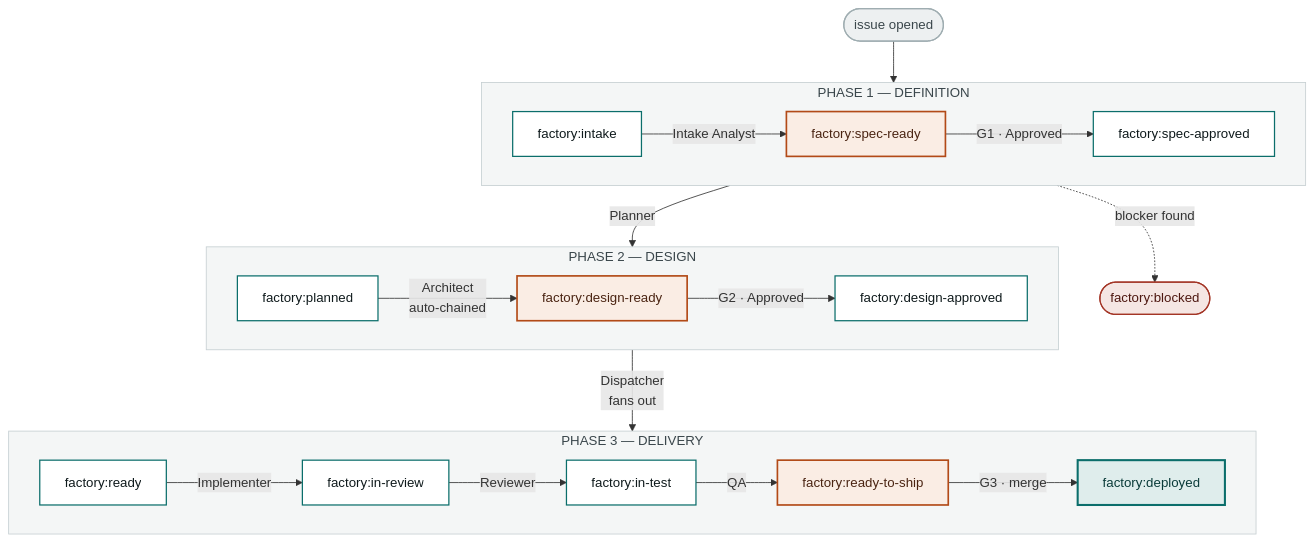
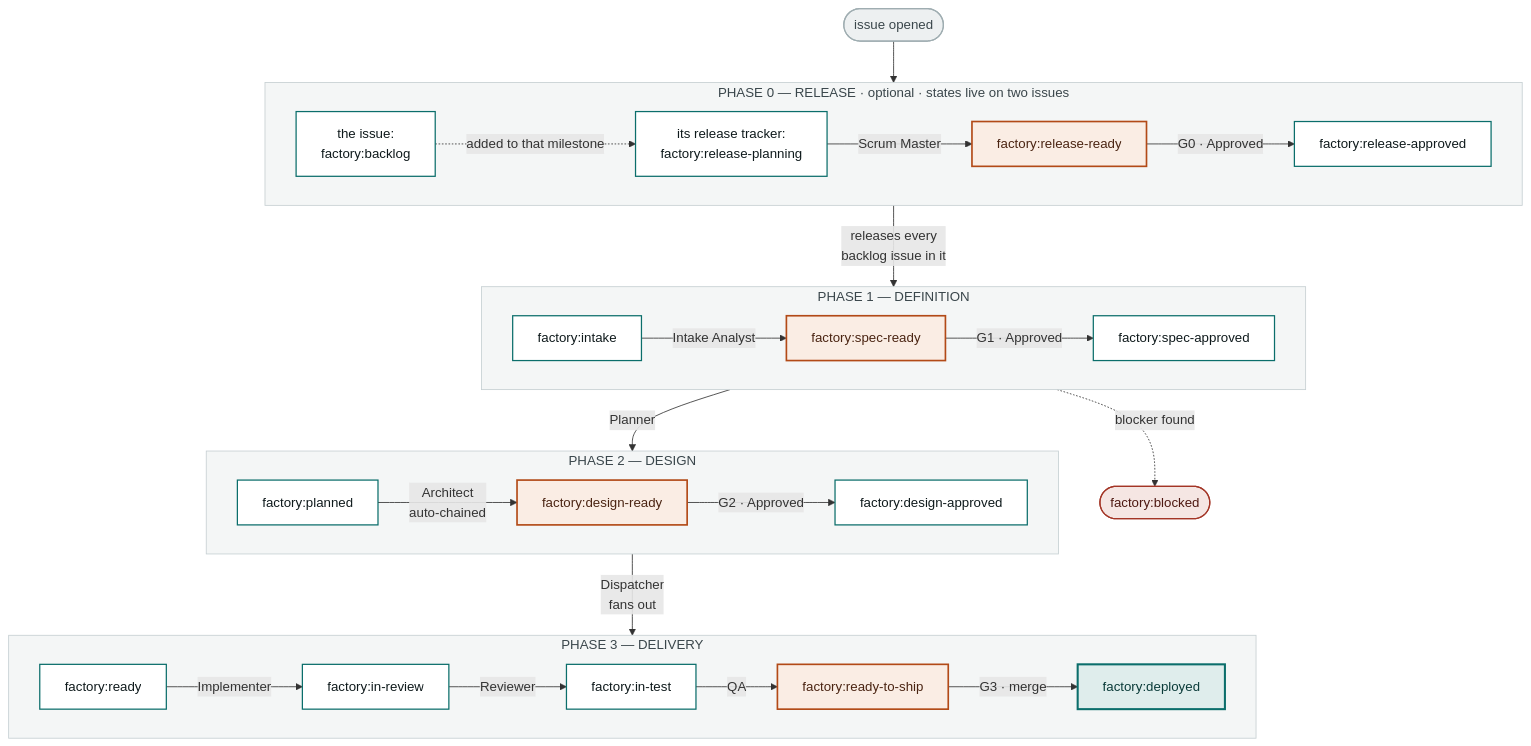
One commit to genai-jerry/claude-software-factory changed the diagram in wiki/Factory-Pipeline-States.md. Above: the diagram before and after it, drawn with Mermaid. The commit also changed other lines of this file and 19 other files, not shown here.

First line of the commit message:
feat: gate issue intake behind release milestones (gate G0)

````diff
--- a/wiki/Factory-Pipeline-States.md
+++ b/wiki/Factory-Pipeline-States.md
@@ -13,44 +17,55 @@
 ```mermaid
 flowchart TB
-  OPEN(["issue opened"]) --> A
+  OPEN(["issue opened"]) --> R0
+
+  subgraph P0["PHASE 0 — RELEASE · optional · states live on two issues"]
+    direction LR
+    R0["the issue:<br/>factory:backlog"]
+    R1["its release tracker:<br/>factory:release-planning"] -- "Scrum Master" --> R2["factory:release-ready"]
+    R2 -- "G0 · Approved" --> R3["factory:release-approved"]
+    R0 -. "added to that milestone" .-> R1
+  end
+
+  R3 -- "releases every<br/>backlog issue in it" --> A
 
   subgraph P1["PHASE 1 — DEFINITION"]
     direction LR
     A["factory:intake"] -- "Intake Analyst" --> B["factory:spec-ready"]
     B -- "G1 · Approved" --> C["factory:spec-approved"]
   end
 
   subgraph P2["PHASE 2 — DESIGN"]
     direction LR
     D["factory:planned"] -- "Architect<br/>auto-chained" --> E["factory:design-ready"]
     E -- "G2 · Approved" --> F["factory:design-approved"]
   end
 
   subgraph P3["PHASE 3 — DELIVERY"]
     direction LR
     G["factory:ready"] -- "Implementer" --> H["factory:in-review"]
     H -- "Reviewer" --> I["factory:in-test"]
     I -- "QA" --> J["factory:ready-to-ship"]
     J -- "G3 · merge" --> K["factory:deployed"]
   end
 
   C -- "Planner" --> D
   F -- "Dispatcher<br/>fans out" --> G
   A -. "blocker found" .-> X(["factory:blocked"])
 
   classDef state fill:#FFFFFF,stroke:#0B6E6B,stroke-width:1.5px,color:#0F1A1C
   classDef gate fill:#FAEDE4,stroke:#B24A17,stroke-width:2px,color:#4A2412
   classDef done fill:#DFEDEC,stroke:#0B6E6B,stroke-width:2.5px,color:#0A3B39
   classDef halt fill:#F5E6E3,stroke:#A33526,stroke-width:1.5px,color:#4E1811
   classDef entry fill:#EDF0F1,stroke:#9FADB1,stroke-width:1.5px,color:#3A464B
 
-  class A,C,D,F,G,H,I state
-  class B,E,J gate
+  class A,C,D,F,G,H,I,R0,R1,R3 state
+  class B,E,J,R2 gate
   class K done
   class X halt
   class OPEN entry
 
+  style P0 fill:#F4F6F6,stroke:#C6CFD2,color:#3A464B
   style P1 fill:#F4F6F6,stroke:#C6CFD2,color:#3A464B
   style P2 fill:#F4F6F6,stroke:#C6CFD2,color:#3A464B
   style P3 fill:#F4F6F6,stroke:#C6CFD2,color:#3A464B
 ```
````
